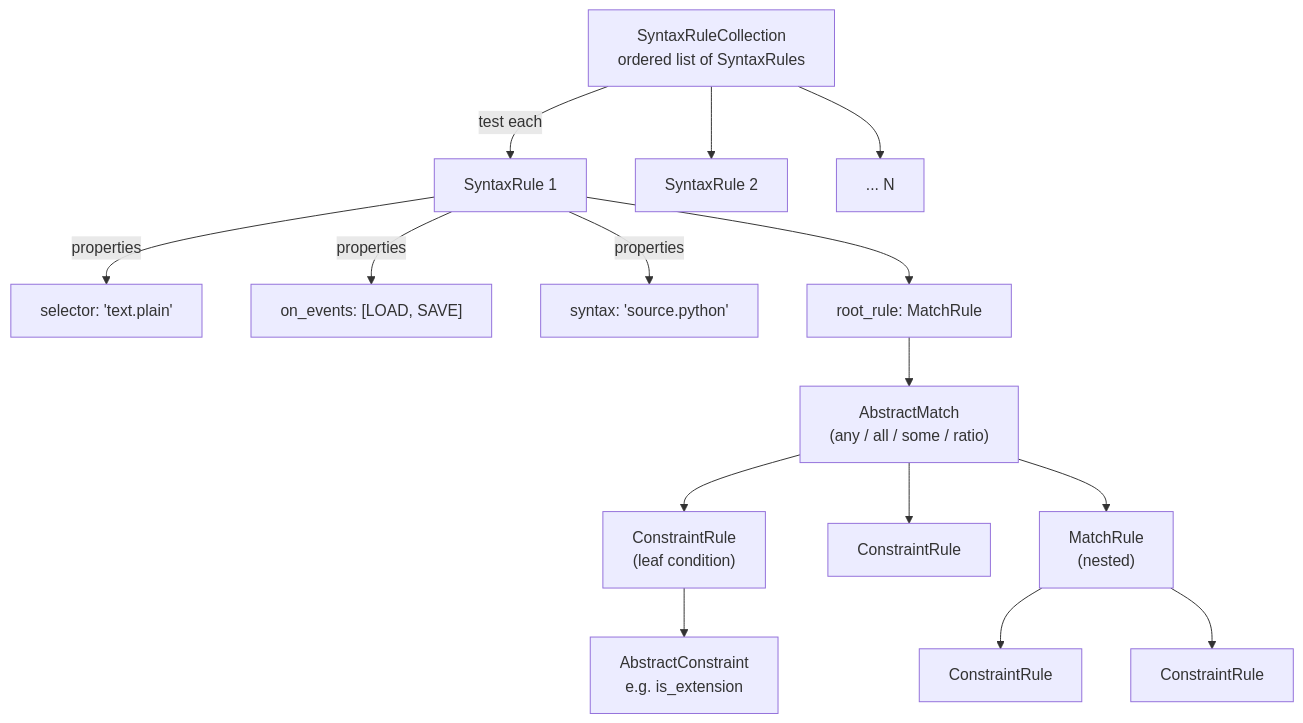
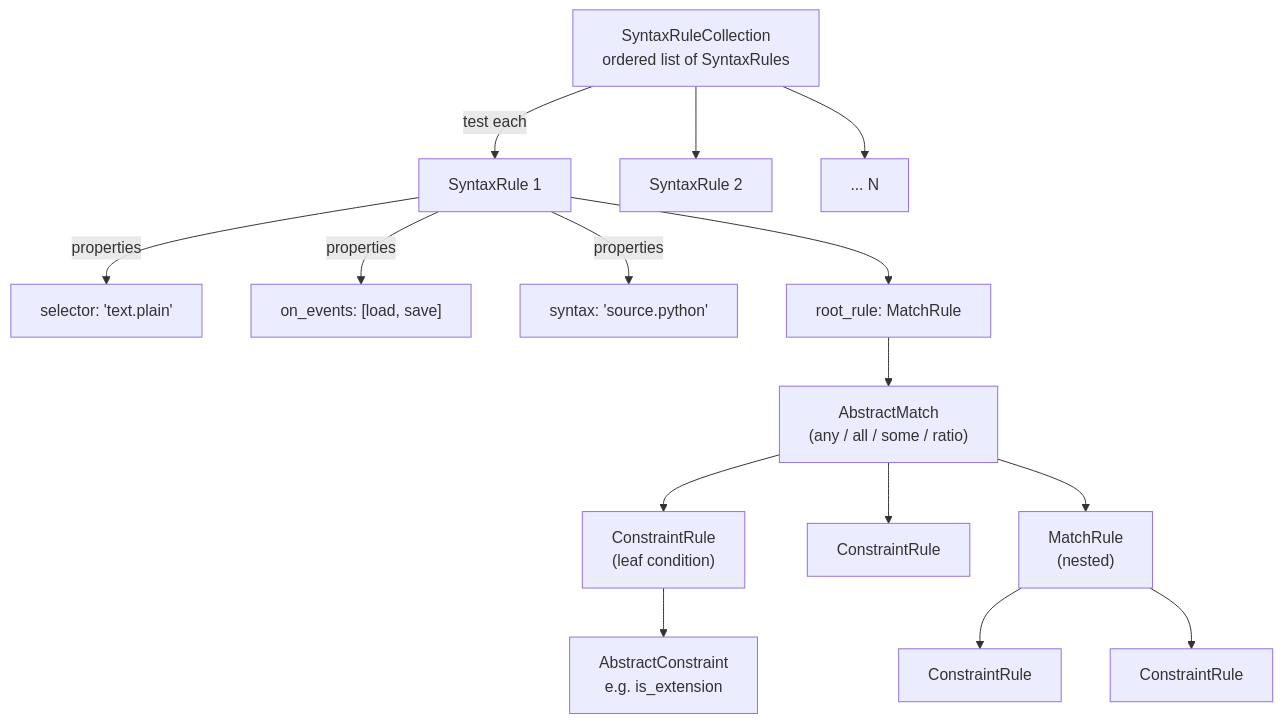
One commit to jfcherng-sublime/ST-AutoSetSyntax changed the third of 4 diagrams in docs/src/advanced-topics/how-it-works.md. Above: the diagram before and after it, drawn with Mermaid. The commit also changed other lines of this file and 36 other files, not shown here.

````diff
--- a/docs/src/advanced-topics/how-it-works.md
+++ b/docs/src/advanced-topics/how-it-works.md
@@ -134,21 +134,21 @@
 ```mermaid
 flowchart TD
     SCR["SyntaxRuleCollection<br/>ordered list of SyntaxRules"] -->|test each| SR1["SyntaxRule 1"]
     SCR --> SR2["SyntaxRule 2"]
     SCR --> SR3["... N"]
 
     SR1 -->|properties| Selector["selector: 'text.plain'"]
-    SR1 -->|properties| OnEvents["on_events: [LOAD, SAVE]"]
+    SR1 -->|properties| OnEvents["on_events: [load, save]"]
     SR1 -->|properties| Syntaxes["syntax: 'source.python'"]
 
     SR1 --> MR["root_rule: MatchRule"]
     MR --> Match["AbstractMatch<br/>(any / all / some / ratio)"]
     Match --> CR1["ConstraintRule<br/>(leaf condition)"]
     Match --> CR2["ConstraintRule"]
     Match --> NestedMatch["MatchRule<br/>(nested)"]
 
     NestedMatch --> CR3["ConstraintRule"]
     NestedMatch --> CR4["ConstraintRule"]
 
     CR1 --> Constraint["AbstractConstraint<br/>e.g. is_extension"]
 ```
````
